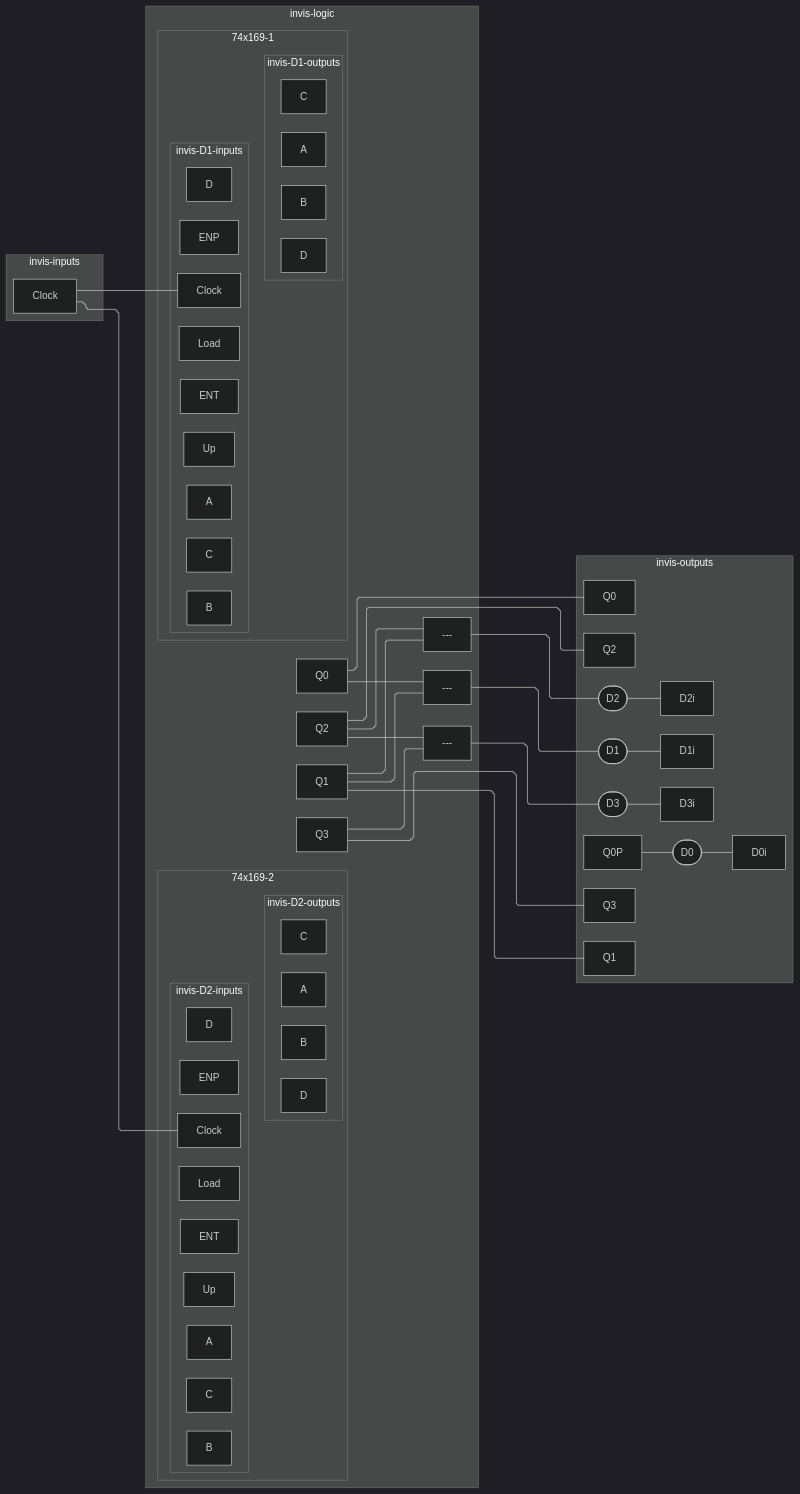
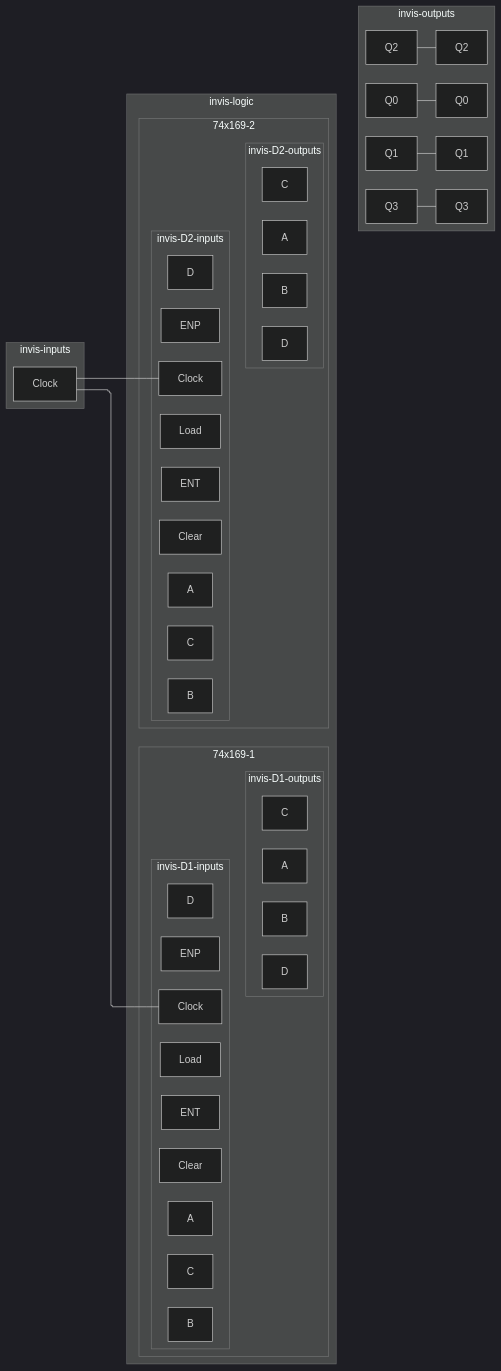
The seventh of 7 diagrams in CSDS 281 - Logic Design/HW/8/Tables.md (tnichols217/notes), drawn with Mermaid (dark theme) before and after one commit.

Commit message:
vault backup: 2024-04-05 01:27:51

````diff
--- a/CSDS 281 - Logic Design/HW/8/Tables.md
+++ b/CSDS 281 - Logic Design/HW/8/Tables.md
@@ -327,69 +327,59 @@
 ```mermaid
 %%{ init: { 'flowchart': { 'curve': 'stepBefore', "defaultRenderer": "elk" } } }%%
 flowchart LR
 subgraph invis-inputs
 	Clock
 end
 subgraph invis-logic
 	subgraph 74x169-1
 		subgraph invis-D1-inputs
 			D1c[Clock]
-			D1up[Up]
+			D1CLR[Clear]
 			D1LD[Load]
 			D1ENP[ENP]
 			D1ENT[ENT]
 			D1A[A]
 			D1B[B]
 			D1C[C]
 			D1D[D]
 		end
 		Clock --- D1c
 		subgraph invis-D1-outputs
 			Q1A[A]
 			Q1B[B]
 			Q1C[C]
 			Q1D[D]
 		end
 		invis-D1-inputs ~~~ invis-D1-outputs
 	end
 	subgraph 74x169-2
 		subgraph invis-D2-inputs
 			D2c[Clock]
-			D2up[Up]
+			D2CLR[Clear]
 			D2LD[Load]
 			D2ENP[ENP]
 			D2ENT[ENT]
 			D2A[A]
 			D2B[B]
 			D2C[C]
 			D2D[D]
 		end
 		Clock --- D2c
 		subgraph invis-D2-outputs
 			Q2A[A]
 			Q2B[B]
 			Q2C[C]
 			Q2D[D]
 		end
 		invis-D2-inputs ~~~ invis-D2-outputs
 	end
-	Q0 & Q1 --- xor1[---]
-	Q1 & Q2 --- xor2[---]
-	Q2 & Q3 --- xor3[---]
+	
 end
 subgraph invis-outputs
-	Q0P --- D0ii([D0])
-	D0ii --- D0i
-	xor1 --- D1ii([D1])
-	D1ii --- D1i
-	xor2 --- D2ii([D2])
-	D2ii --- D2i
-	xor3 --- D3ii([D3])
-	D3ii --- D3i
 	Q0 --- Q0O[Q0]
 	Q1 --- Q1O[Q1]
 	Q2 --- Q2O[Q2]
 	Q3 --- Q3O[Q3]
 end
 invis-inputs ~~~ invis-logic ~~~ invis-outputs
 ```
````
